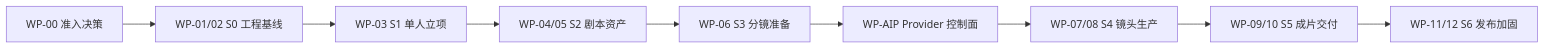
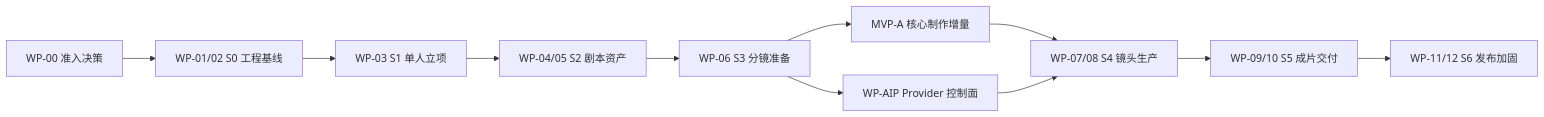
Before and after one commit to StephenQiu30/lanverse: the diagram in docs/plan/000-MVP全栈实施总计划.md, drawn with Mermaid. The commit also changed other lines of this file and 14 other files, not shown here.

````diff
--- a/docs/plan/000-MVP全栈实施总计划.md
+++ b/docs/plan/000-MVP全栈实施总计划.md
@@ -103,11 +106,13 @@
 ```mermaid
 flowchart LR
     G["WP-00 准入决策"] --> B["WP-01/02 S0 工程基线"]
     B --> I["WP-03 S1 单人立项"]
     I --> C["WP-04/05 S2 剧本资产"]
     C --> S["WP-06 S3 分镜准备"]
+    S --> M["MVP-A 核心制作增量"]
     S --> A["WP-AIP Provider 控制面"]
-    A --> P["WP-07/08 S4 镜头生产"]
+    M --> P["WP-07/08 S4 镜头生产"]
+    A --> P
     P --> E["WP-09/10 S5 成片交付"]
     E --> H["WP-11/12 S6 发布加固"]
 ```
````
